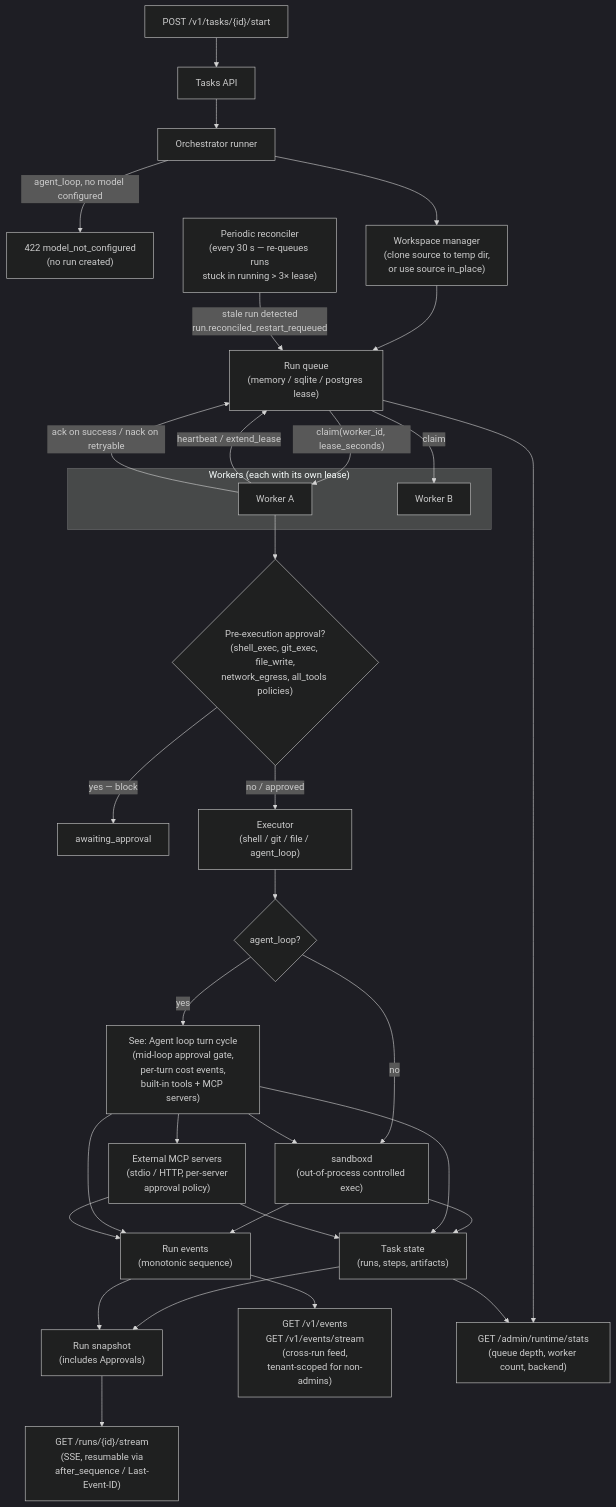
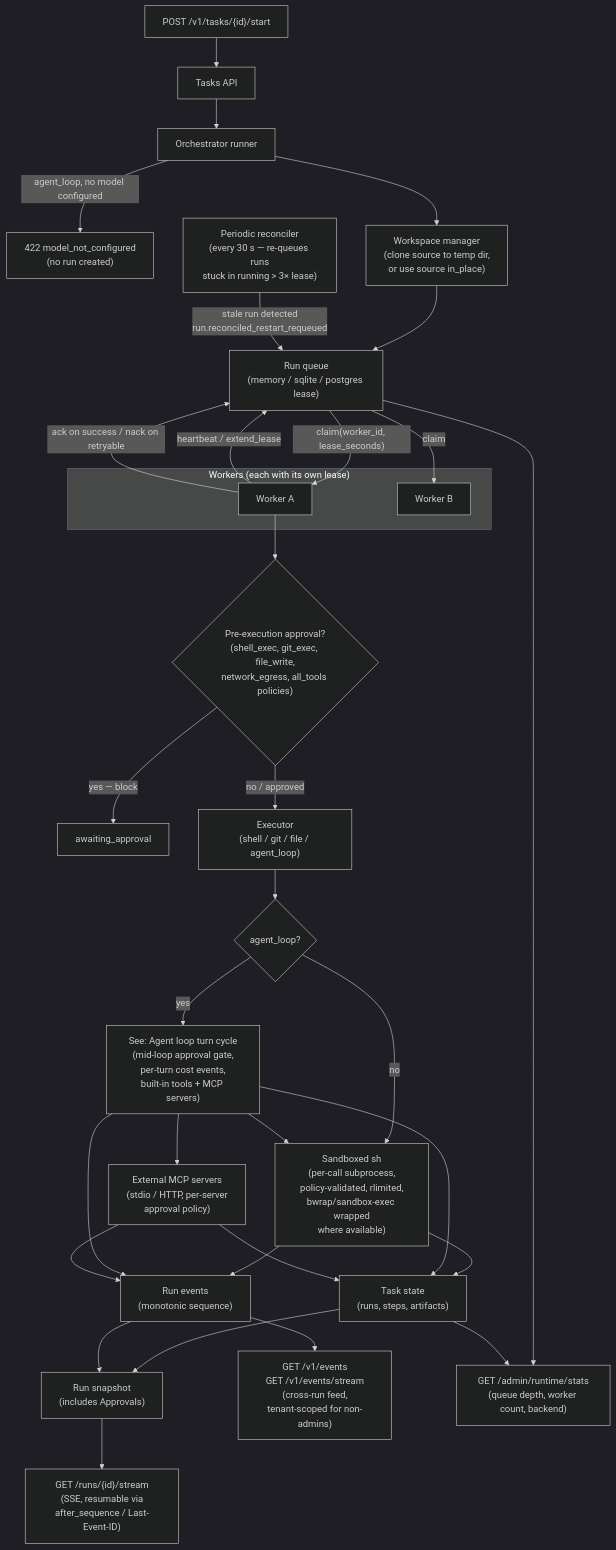
Before and after one commit to hecatehq/hecate: the second of 3 diagrams in docs/architecture.md, drawn with Mermaid (dark theme). The commit also changed other lines of this file and 37 other files, not shown here.

````diff
--- a/docs/architecture.md
+++ b/docs/architecture.md
@@ -59,47 +59,47 @@
 ```mermaid
 flowchart TD
     Caller["POST /v1/tasks/{id}/start"] --> TasksApi["Tasks API"]
     TasksApi --> Runner["Orchestrator runner"]
     Runner -->|"agent_loop, no model configured"| ErrModel["422 model_not_configured<br/>(no run created)"]
     Runner --> Workspace["Workspace manager<br/>(clone source to temp dir,<br/>or use source in_place)"]
     Workspace --> Queue["Run queue<br/>(memory / sqlite / postgres lease)"]
 
     Reconciler["Periodic reconciler<br/>(every 30 s — re-queues runs<br/>stuck in running > 3× lease)"]
     Reconciler -->|"stale run detected<br/>run.reconciled_restart_requeued"| Queue
 
     subgraph Workers["Workers (each with its own lease)"]
         WorkerA["Worker A"]
         WorkerB["Worker B"]
     end
 
     Queue -->|"claim(worker_id, lease_seconds)"| WorkerA
     Queue -->|"claim"| WorkerB
     WorkerA -->|"heartbeat / extend_lease"| Queue
     WorkerA -->|"ack on success / nack on retryable"| Queue
 
     WorkerA --> PreApproval{"Pre-execution approval?<br/>(shell_exec, git_exec, file_write,<br/>network_egress, all_tools policies)"}
     PreApproval -->|"yes — block"| Pending["awaiting_approval"]
     PreApproval -->|"no / approved"| Executor
 
     Executor["Executor<br/>(shell / git / file / agent_loop)"]
     Executor --> AgentLoop{"agent_loop?"}
     AgentLoop -->|"yes"| LoopRef["See: Agent loop turn cycle<br/>(mid-loop approval gate,<br/>per-turn cost events,<br/>built-in tools + MCP servers)"]
-    AgentLoop -->|"no"| Sandboxd["sandboxd<br/>(out-of-process controlled exec)"]
-    LoopRef --> Sandboxd
+    AgentLoop -->|"no"| Sandbox["Sandboxed sh<br/>(per-call subprocess,<br/>policy-validated, rlimited,<br/>bwrap/sandbox-exec wrapped<br/>where available)"]
+    LoopRef --> Sandbox
     LoopRef --> McpServers["External MCP servers<br/>(stdio / HTTP, per-server<br/>approval policy)"]
 
-    Sandboxd --> State["Task state<br/>(runs, steps, artifacts)"]
+    Sandbox --> State["Task state<br/>(runs, steps, artifacts)"]
     LoopRef --> State
     McpServers --> State
-    Sandboxd --> RunEvents["Run events<br/>(monotonic sequence)"]
+    Sandbox --> RunEvents["Run events<br/>(monotonic sequence)"]
     LoopRef --> RunEvents
     McpServers --> RunEvents
 
     State --> Snapshot["Run snapshot<br/>(includes Approvals)"]
     RunEvents --> Snapshot
     Snapshot --> Stream["GET /runs/{id}/stream<br/>(SSE, resumable via<br/>after_sequence / Last-Event-ID)"]
     RunEvents --> PublicEvents["GET /v1/events<br/>GET /v1/events/stream<br/>(cross-run feed,<br/>tenant-scoped for non-admins)"]
 
     Queue --> Stats["GET /admin/runtime/stats<br/>(queue depth, worker count, backend)"]
     State --> Stats
 ```
````
